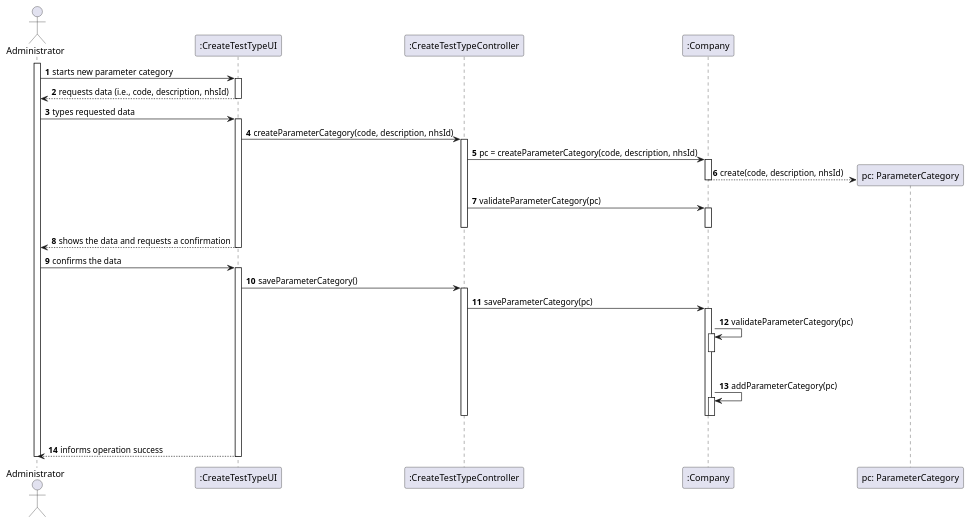
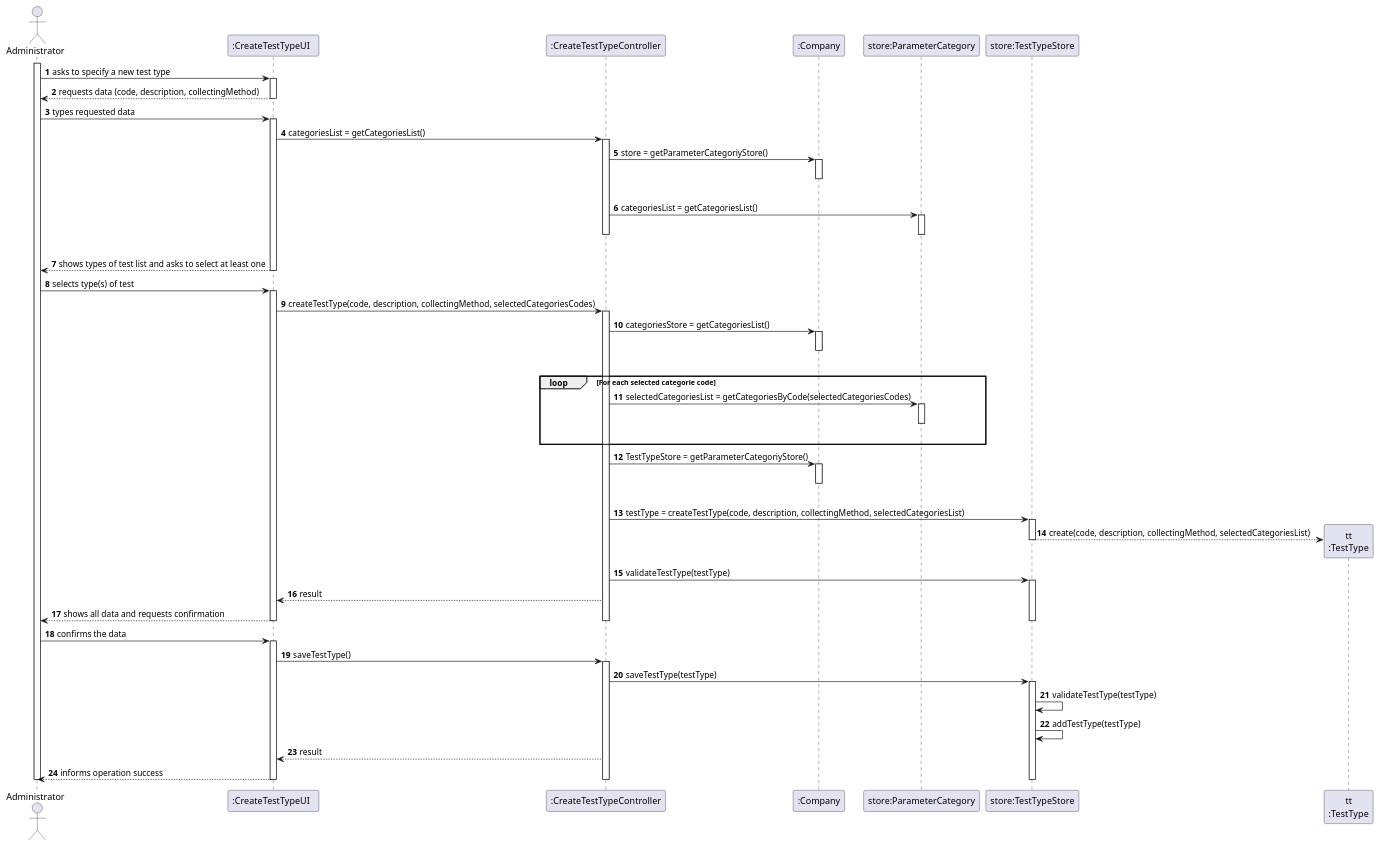
Before and after one commit to ana-albergaria/LAPR2-ISEP: the diagram in docs/SprintB/US_9/US9_SD.puml, drawn with PlantUML. The commit also changed 1 other file, not shown here.

```diff
--- a/docs/SprintB/US_9/US9_SD.puml
+++ b/docs/SprintB/US_9/US9_SD.puml
@@ -1,62 +1,99 @@
 @startuml
 autonumber
 'hide footbox
 actor "Administrator" as ADM
 
-participant ":CreateTestTypeUI" as UI
+participant ":CreateTestTypeUI  " as UI
 participant ":CreateTestTypeController" as CTRL
-participant ":Company" as CMP
-participant "pc: ParameterCategory" as PC
+participant ":Company" as PLAT
+participant "store:ParameterCategory" as TEST_TYPE_STORE
+/'participant ":Platform" as PLAT'/
+participant "store:TestTypeStore" as ORG
+participant "tt\n:TestType" as TAREFA
+
 
 activate ADM
-ADM -> UI : starts new parameter category
+ADM -> UI : asks to specify a new test type
 activate UI
-UI --> ADM : requests data (i.e., code, description, nhsId)
+UI --> ADM : requests data (code, description, collectingMethod)
 deactivate UI
 
 ADM -> UI : types requested data
 activate UI
 
-UI -> CTRL : createParameterCategory(code, description, nhsId)
+UI -> CTRL : categoriesList = getCategoriesList()
 activate CTRL
 
-CTRL -> CMP : pc = createParameterCategory(code, description, nhsId)
-activate CMP
+CTRL -> PLAT : store = getParameterCategoriyStore()
+activate PLAT
+|||
+deactivate PLAT
 
-CMP --> PC** : create(code, description, nhsId)
-deactivate CMP
+CTRL -> TEST_TYPE_STORE : categoriesList = getCategoriesList()
+activate TEST_TYPE_STORE
+|||
+deactivate TEST_TYPE_STORE
+deactivate CTRL
 
-CTRL -> CMP : validateParameterCategory(pc)
-activate CMP
+UI --> ADM : shows types of test list and asks to select at least one
+deactivate PLAT
+deactivate UI
+
+ADM -> UI : selects type(s) of test
+activate UI
+
+UI -> CTRL : createTestType(code, description, collectingMethod, selectedCategoriesCodes)
+activate CTRL
+
+CTRL -> PLAT : categoriesStore = getCategoriesList()
+activate PLAT
+|||
+deactivate PLAT
+
+loop For each selected categorie code
+CTRL -> TEST_TYPE_STORE : selectedCategoriesList = getCategoriesByCode(selectedCategoriesCodes)
+activate TEST_TYPE_STORE
+|||
+deactivate TEST_TYPE_STORE
+end
+
+CTRL -> PLAT : TestTypeStore = getParameterCategoriyStore()
+activate PLAT
+|||
+deactivate PLAT
+CTRL -> ORG: testType = createTestType(code, description, collectingMethod, selectedCategoriesList)
+activate ORG
+
+ORG --> TAREFA**: create(code, description, collectingMethod, selectedCategoriesList)
+deactivate ORG
+CTRL -> ORG: validateTestType(testType)
+activate ORG
+CTRL --> UI: result
+
+UI --> ADM: shows all data and requests confirmation
+deactivate ORG
+deactivate PLAT
 deactivate CTRL
-deactivate CMP
-
-UI --> ADM : shows the data and requests a confirmation
 deactivate UI
 
 ADM -> UI : confirms the data
 activate UI
-
-UI -> CTRL : saveParameterCategory()
+UI -> CTRL : saveTestType()
 activate CTRL
 
-CTRL -> CMP : saveParameterCategory(pc)
-activate CMP
+CTRL -> ORG : saveTestType(testType)
+activate ORG
 
-CMP -> CMP : validateParameterCategory(pc)
-activate CMP
-|||
-deactivate CMP
+ORG -> ORG: validateTestType(testType)
+ORG -> ORG: addTestType(testType)
 
-CMP -> CMP : addParameterCategory(pc)
-activate CMP
-|||
-deactivate CMP
-deactivate CMP
+CTRL --> UI: result
+
+UI --> ADM : informs operation success
+deactivate ORG
 deactivate CTRL
+deactivate UI
 
-ADM <-- UI : informs operation success
-deactivate UI
 deactivate ADM
 
 @enduml
```
